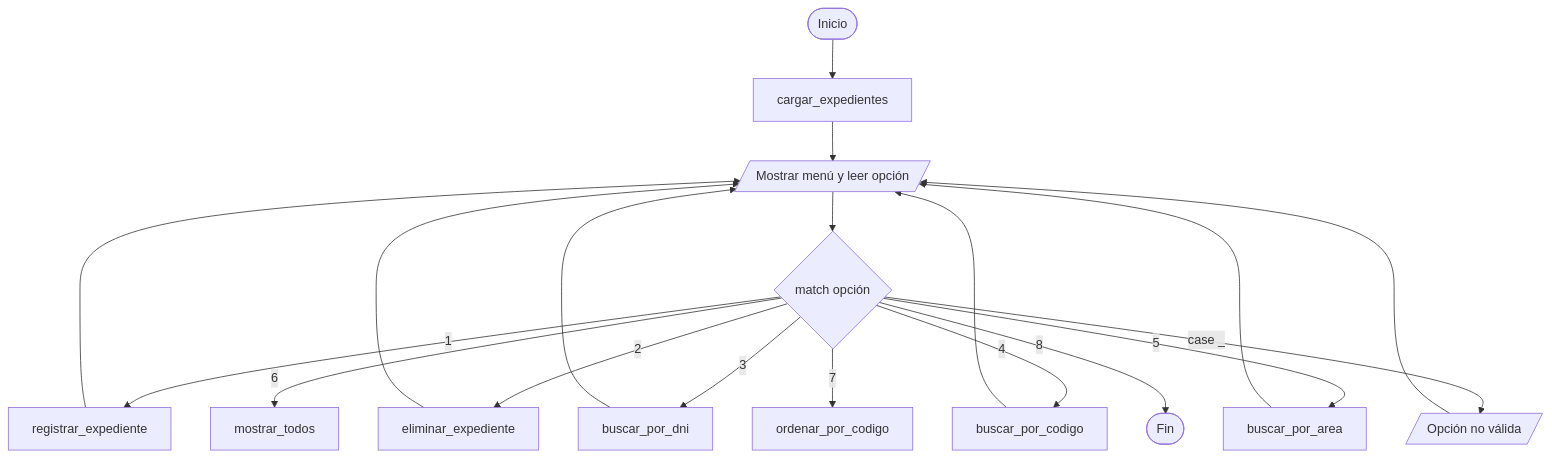
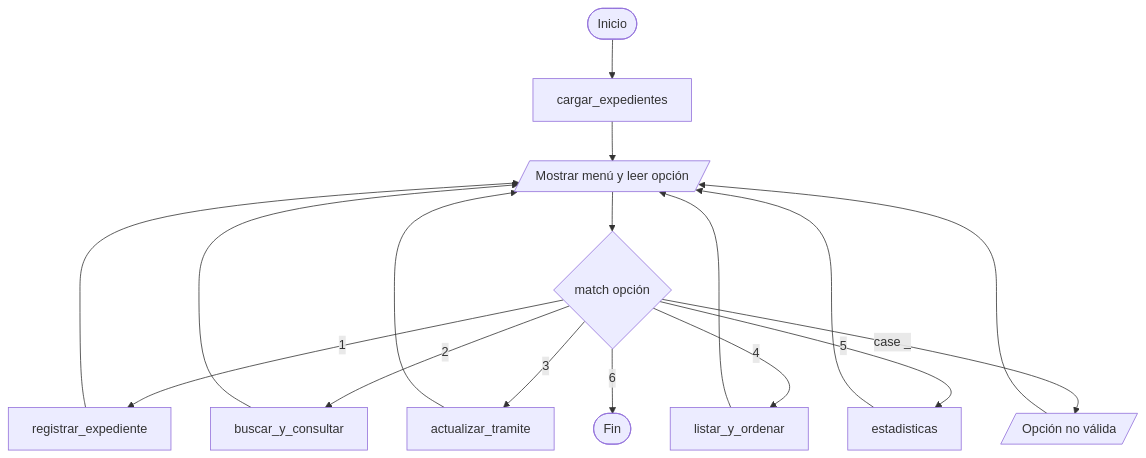
One commit to amiir3k/mesa-partes-digital changed the diagram in README.md. Above: the diagram before and after it, drawn with Mermaid.

Commit message:
Actualizar el diagrama de flujo del README al menú de 6 opciones
Claude-Session: https://claude.ai/code/session_01TBKwzJc7gY8S2dkcLP8Q3e

````diff
--- a/README.md
+++ b/README.md
@@ -134,16 +134,14 @@
 ```mermaid
 flowchart TD
     A([Inicio]) --> B[cargar_expedientes]
     B --> C[/Mostrar menú y leer opción/]
     C --> D{match opción}
     D -- 1 --> E[registrar_expediente]
-    D -- 2 --> F[eliminar_expediente]
-    D -- 3 --> G[buscar_por_dni]
-    D -- 4 --> H[buscar_por_codigo]
-    D -- 5 --> I[buscar_por_area]
-    D -- 6 --> J[mostrar_todos]
+    D -- 2 --> F[buscar_y_consultar]
+    D -- 3 --> G[actualizar_tramite]
+    D -- 4 --> H[listar_y_ordenar]
+    D -- 5 --> I[estadisticas]
     D -- case _ --> L[/Opción no válida/]
-    D -- 7 --> K[ordenar_por_codigo]
-    D -- 8 --> Z([Fin])
+    D -- 6 --> Z([Fin])
     E & F & G & H & I & L --> C
 ```
````
